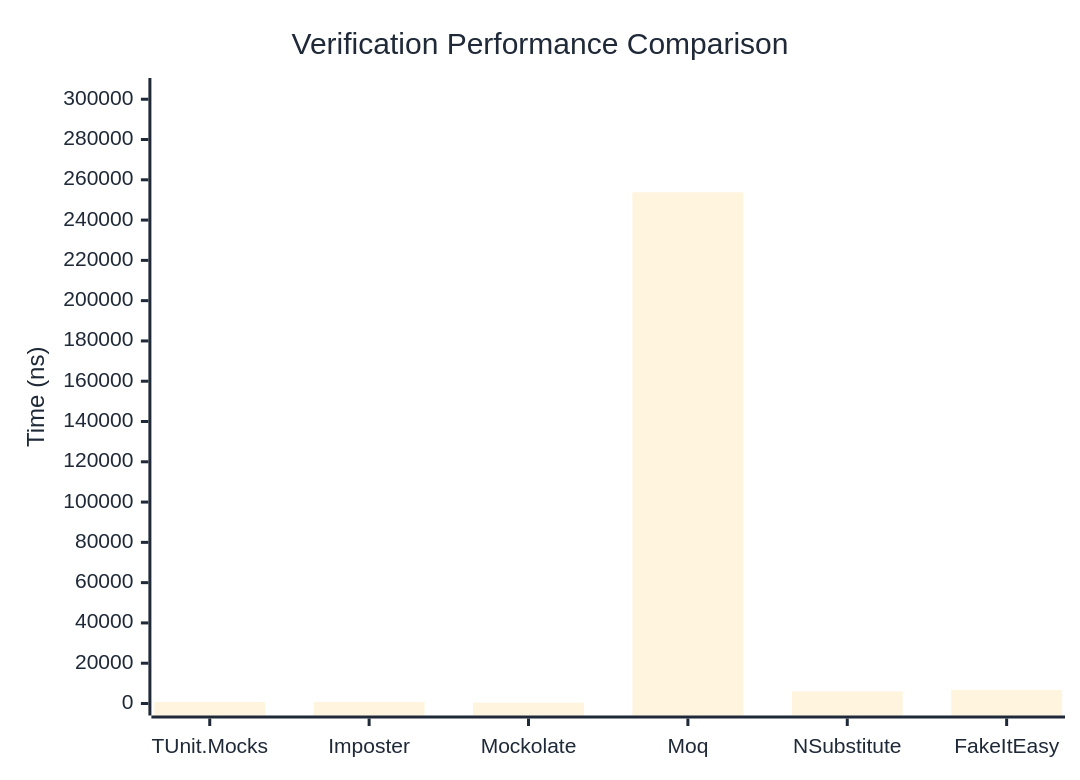
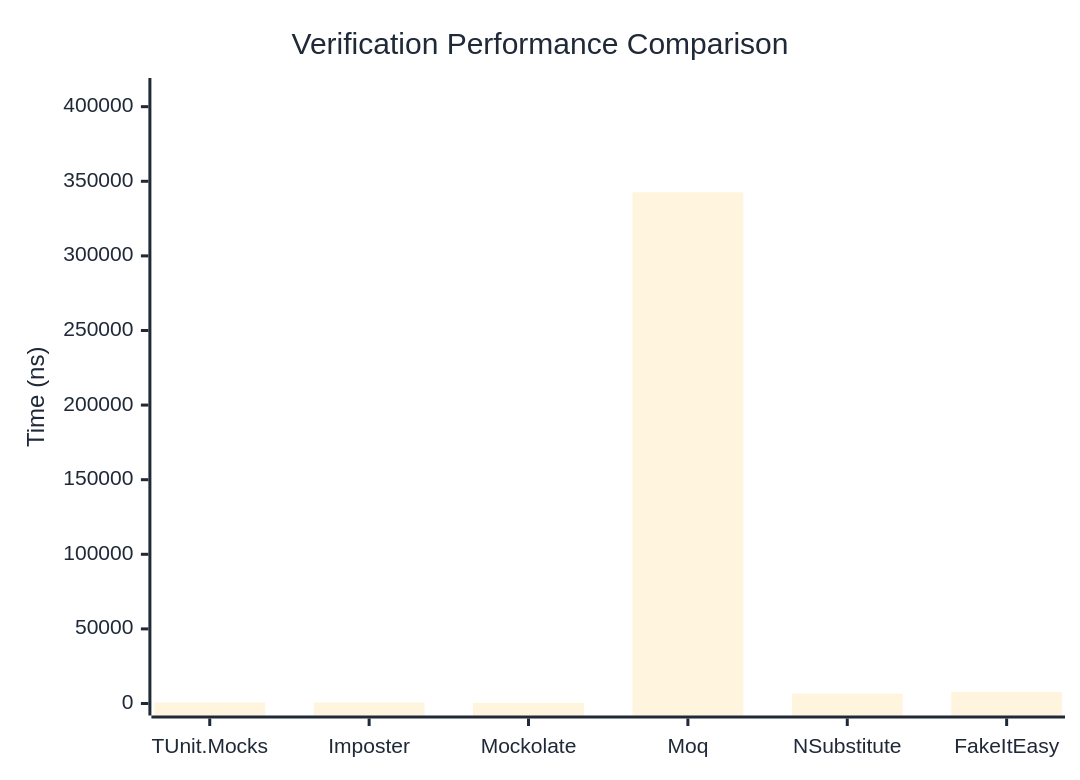
The first of 3 diagrams in docs/docs/benchmarks/mocks/Verification.md (thomhurst/TUnit), drawn with Mermaid before and after one commit. The commit also changed other lines of this file and 14 other files, not shown here.

````diff
--- a/docs/docs/benchmarks/mocks/Verification.md
+++ b/docs/docs/benchmarks/mocks/Verification.md
@@ -28,27 +28,27 @@
 ```mermaid
 %%{init: {
   'theme':'base',
   'themeVariables': {
     'primaryColor': '#2563eb',
     'primaryTextColor': '#1f2937',
     'primaryBorderColor': '#1e40af',
     'lineColor': '#6b7280',
     'secondaryColor': '#7c3aed',
     'tertiaryColor': '#dc2626',
     'background': '#ffffff',
     'pie1': '#2563eb',
     'pie2': '#7c3aed',
     'pie3': '#dc2626',
     'pie4': '#f59e0b',
     'pie5': '#10b981',
     'pie6': '#06b6d4',
     'pie7': '#ec4899',
     'pie8': '#6366f1'
   }
 }}%%
 xychart-beta
   title "Verification Performance Comparison"
   x-axis ["TUnit.Mocks", "Imposter", "Mockolate", "Moq", "NSubstitute", "FakeItEasy"]
-  y-axis "Time (ns)" 0 --> 304584
-  bar [759.45, 716.46, 406.16, 253819.51, 5999.58, 6771.57]
+  y-axis "Time (ns)" 0 --> 411179
+  bar [717.66, 722.04, 431.79, 342648.49, 6577.53, 7780.58]
 ```
````
